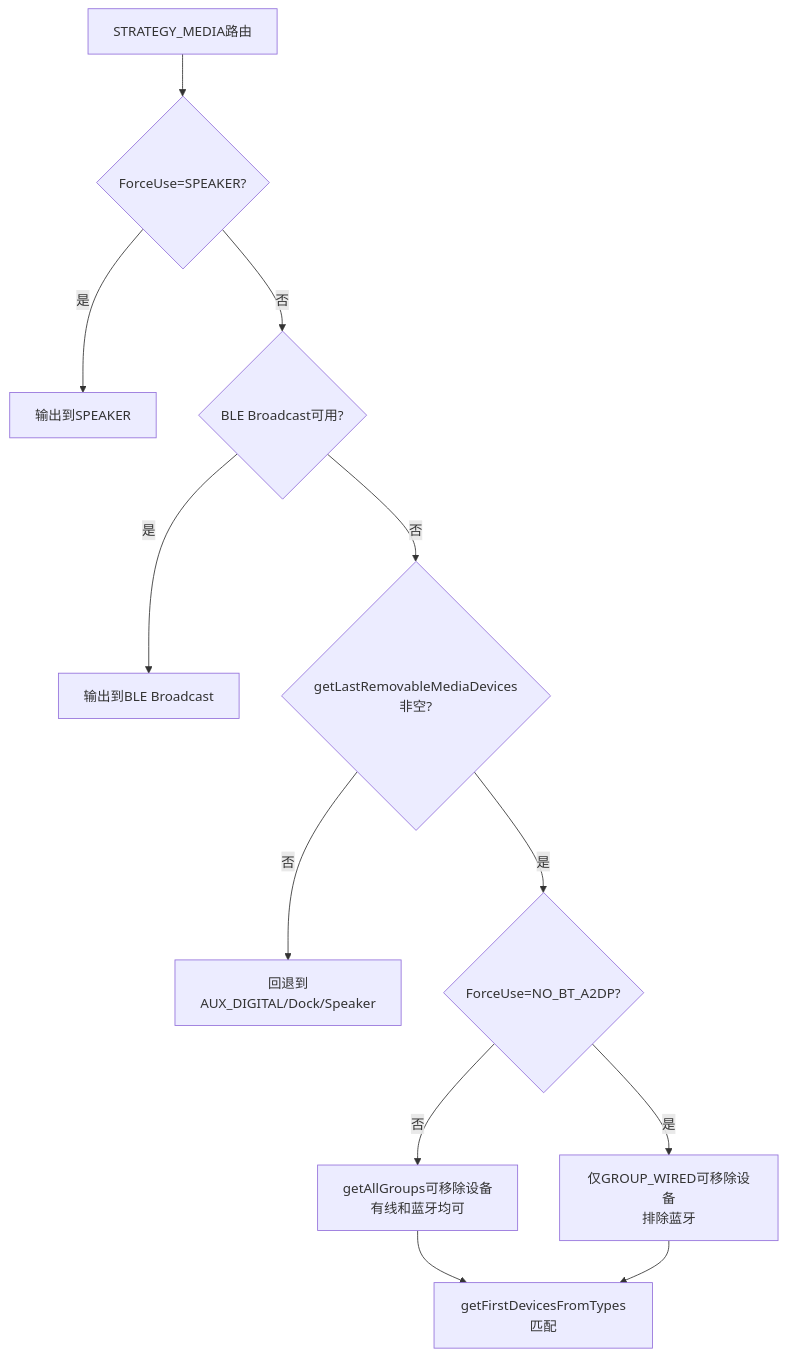
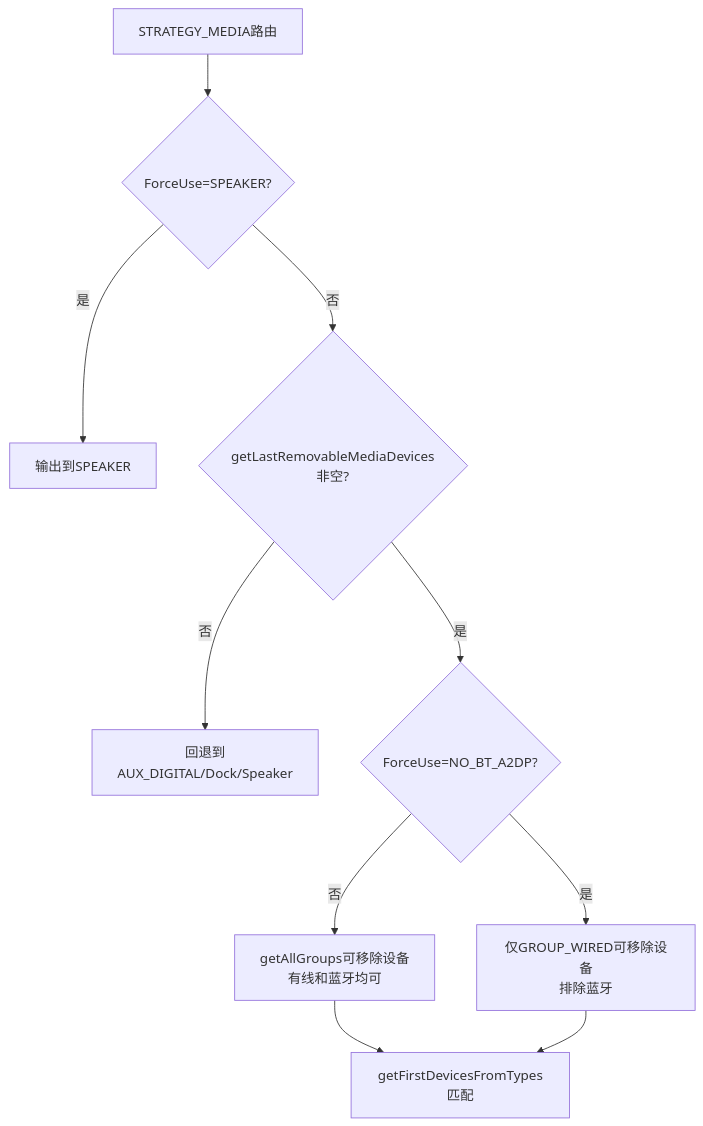
The fifth of 7 diagrams in 06_Audio_Policy_Engine/06_6.13_LastRemovableMediaDevices-可移除设备追踪.md (yanglinzhen1022/SA8295_AAOS_QNX_Audio_KnowledgeBase), drawn with Mermaid before and after one commit. The commit also changed other lines of this file and 11 other files, not shown here.

````diff
--- a/06_Audio_Policy_Engine/06_6.13_LastRemovableMediaDevices-可移除设备追踪.md
+++ b/06_Audio_Policy_Engine/06_6.13_LastRemovableMediaDevices-可移除设备追踪.md
@@ -390,14 +369,12 @@
 ```mermaid
 flowchart TD
     A[STRATEGY_MEDIA路由] --> B{ForceUse=SPEAKER?}
     B -->|是| C[输出到SPEAKER]
-    B -->|否| D{BLE Broadcast可用?}
-    D -->|是| E[输出到BLE Broadcast]
-    D -->|否| F{getLastRemovableMediaDevices非空?}
+    B -->|否| F{getLastRemovableMediaDevices非空?}
     F -->|否| G[回退到AUX_DIGITAL/Dock/Speaker]
     F -->|是| H{ForceUse=NO_BT_A2DP?}
     H -->|否| I[getAllGroups可移除设备<br>有线和蓝牙均可]
     H -->|是| J[仅GROUP_WIRED可移除设备<br>排除蓝牙]
     I --> K[getFirstDevicesFromTypes匹配]
     J --> K
 ```
````
